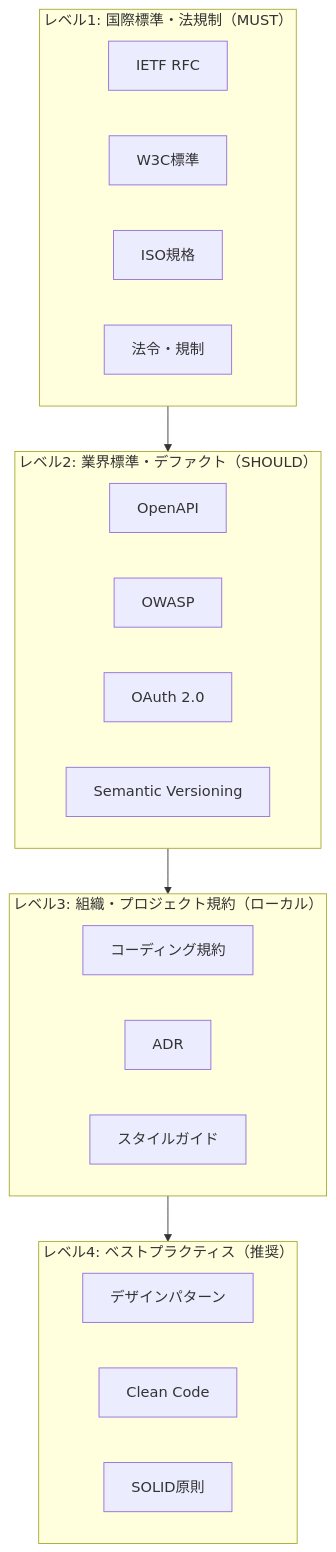
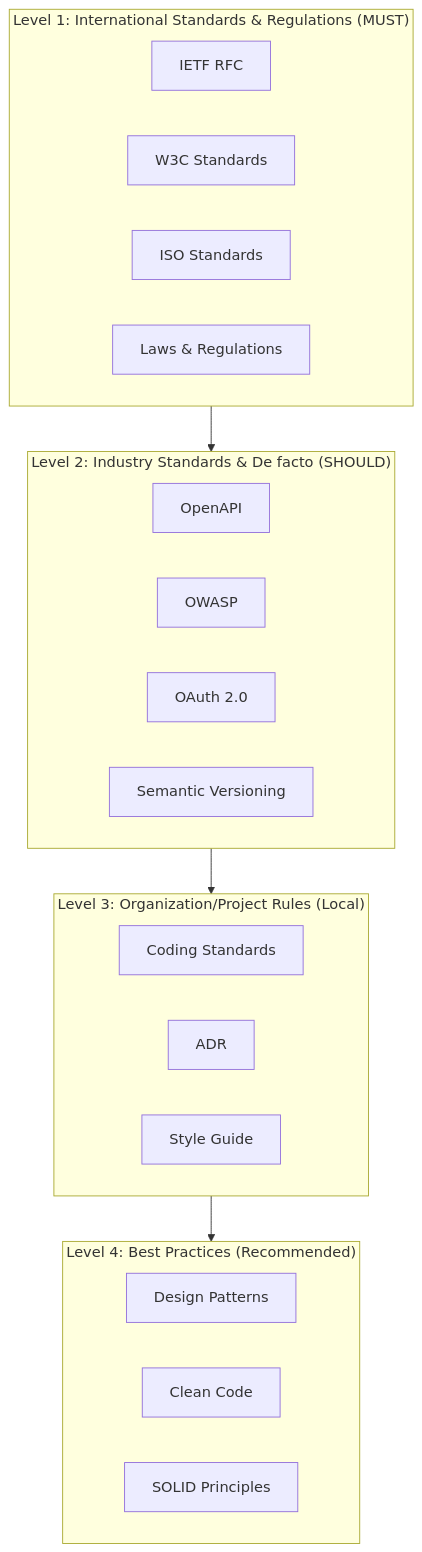
One commit to shuji-bonji/ai-agent-architecture changed diagram 11 of 15 in docs/concepts/02-reference-sources.md. Above: the diagram before and after it, drawn with Mermaid. The commit also changed other lines of this file and 42 other files, not shown here.

````diff
--- a/docs/concepts/02-reference-sources.md
+++ b/docs/concepts/02-reference-sources.md
@@ -358,30 +360,30 @@
 ```mermaid
 graph TB
-    subgraph レベル1["レベル1: 国際標準・法規制（MUST）"]
+    subgraph Level1["Level 1: International Standards & Regulations (MUST)"]
         IETF[IETF RFC]
-        W3C[W3C標準]
-        ISO[ISO規格]
-        LAW[法令・規制]
+        W3C[W3C Standards]
+        ISO[ISO Standards]
+        LAW[Laws & Regulations]
     end
 
-    subgraph レベル2["レベル2: 業界標準・デファクト（SHOULD）"]
+    subgraph Level2["Level 2: Industry Standards & De facto (SHOULD)"]
         OPENAPI[OpenAPI]
         OWASP[OWASP]
         OAUTH[OAuth 2.0]
         SEMVER[Semantic Versioning]
     end
 
-    subgraph レベル3["レベル3: 組織・プロジェクト規約（ローカル）"]
-        CODING[コーディング規約]
+    subgraph Level3["Level 3: Organization/Project Rules (Local)"]
+        CODING[Coding Standards]
         ADR[ADR]
-        STYLE[スタイルガイド]
+        STYLE[Style Guide]
     end
 
-    subgraph レベル4["レベル4: ベストプラクティス（推奨）"]
-        PATTERN[デザインパターン]
+    subgraph Level4["Level 4: Best Practices (Recommended)"]
+        PATTERN[Design Patterns]
         CLEAN[Clean Code]
-        SOLID[SOLID原則]
+        SOLID[SOLID Principles]
     end
 
-    レベル1 --> レベル2 --> レベル3 --> レベル4
+    Level1 --> Level2 --> Level3 --> Level4
 ```
````
